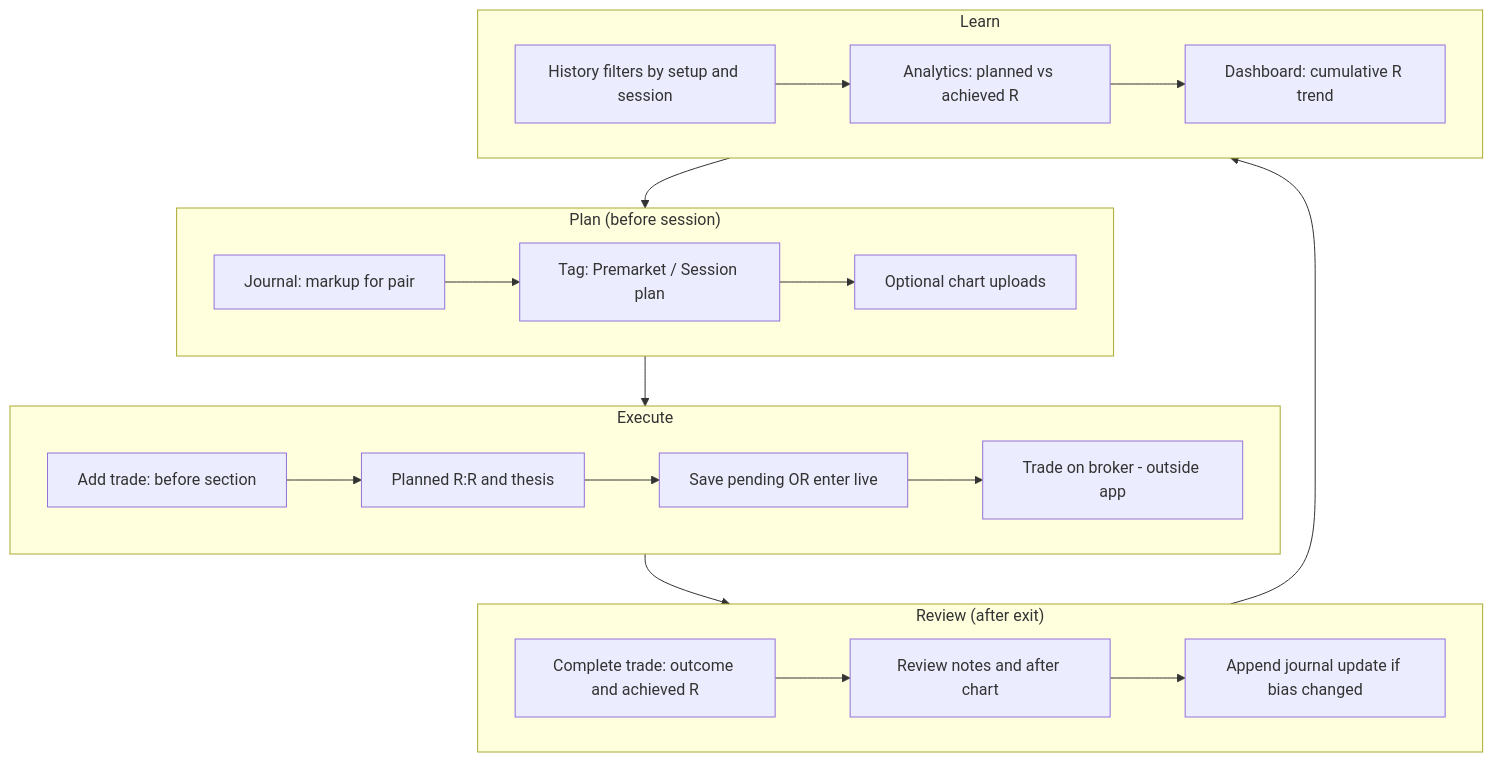
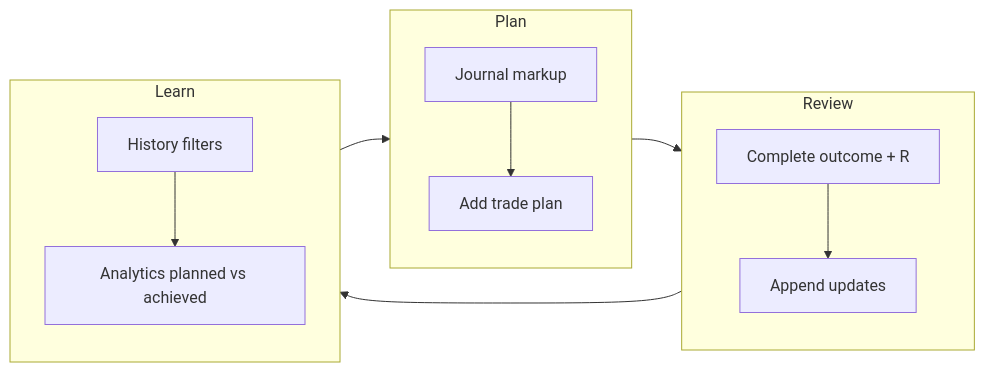
One commit to jah-guide/journalx-dashboard changed the second of 3 diagrams in docs/05-process-as-is-to-be.md. Above: the diagram before and after it, drawn with Mermaid. The commit also changed other lines of this file, not shown here.

Commit message:
docs: simplify as-is vs to-be process diagrams

````diff
--- a/docs/05-process-as-is-to-be.md
+++ b/docs/05-process-as-is-to-be.md
@@ -40,30 +57,25 @@
 ```mermaid
-flowchart TD
-  subgraph Plan["Plan (before session)"]
-    P1[Journal: markup for pair] --> P2[Tag: Premarket / Session plan]
-    P2 --> P3[Optional chart uploads]
+
+flowchart LR
+
+  subgraph Plan
+
+    P1[Journal markup] --> P2[Add trade plan]
+
   end
 
-  subgraph Execute["Execute"]
-    E1[Add trade: before section] --> E2[Planned R:R and thesis]
-    E2 --> E3[Save pending OR enter live]
-    E3 --> E4[Trade on broker - outside app]
+  subgraph Review
+
+    R1[Complete outcome + R] --> R2[Append updates]
+
   end
 
-  subgraph Review["Review (after exit)"]
-    R1[Complete trade: outcome and achieved R]
-    R1 --> R2[Review notes and after chart]
-    R2 --> R3[Append journal update if bias changed]
+  subgraph Learn
+
+    L1[History filters] --> L2[Analytics planned vs achieved]
+
   end
 
-  subgraph Learn["Learn"]
-    L1[History filters by setup and session]
-    L1 --> L2[Analytics: planned vs achieved R]
-    L2 --> L3[Dashboard: cumulative R trend]
-  end
+  Plan --> Review --> Learn --> Plan
 
-  Plan --> Execute
-  Execute --> Review
-  Review --> Learn
-  Learn --> Plan
 ```
````
